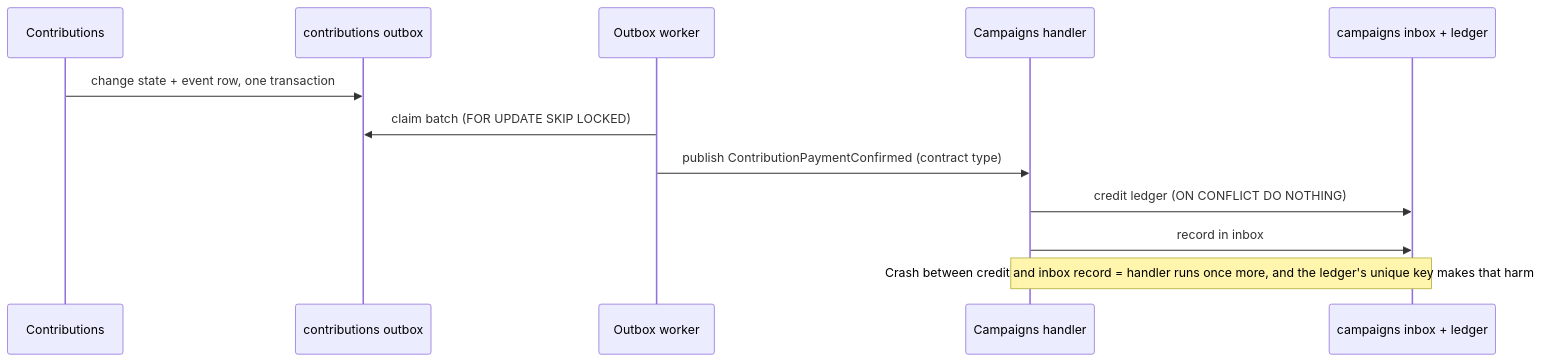
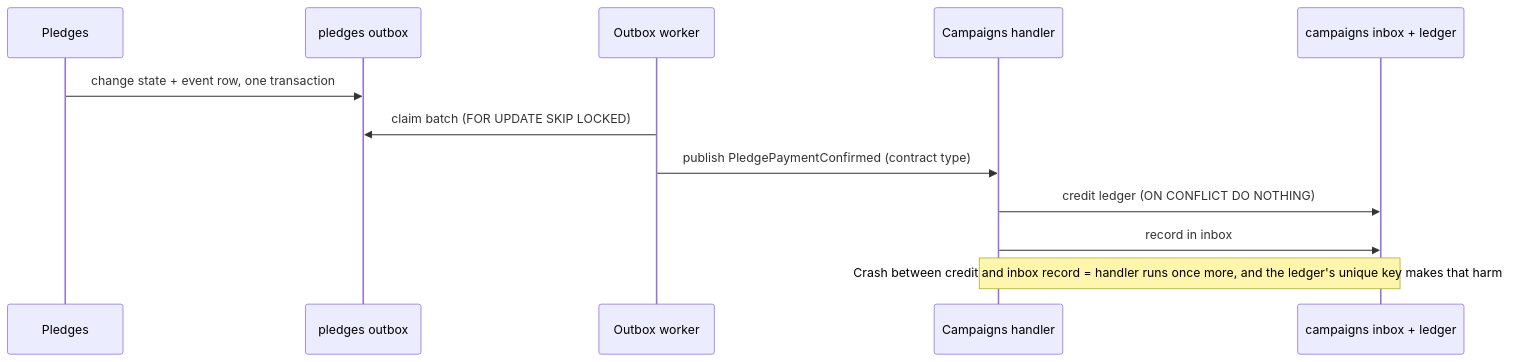
Before and after one commit to maysamgamini/crowdfundinghub: the second of 6 diagrams in README.md, drawn with Mermaid. The commit also changed other lines of this file and 571 other files, not shown here.

First line of the commit message:
refactor: use the course vocabulary, pledge and backer, where the code said contribution and contributor

````diff
--- a/README.md
+++ b/README.md
@@ -67,14 +67,14 @@
 ```mermaid
 sequenceDiagram
-    participant Co as Contributions
-    participant CoDb as contributions outbox
+    participant Co as Pledges
+    participant CoDb as pledges outbox
     participant W as Outbox worker
     participant Ca as Campaigns handler
     participant CaDb as campaigns inbox + ledger
     Co->>CoDb: change state + event row, one transaction
     W->>CoDb: claim batch (FOR UPDATE SKIP LOCKED)
-    W->>Ca: publish ContributionPaymentConfirmed (contract type)
+    W->>Ca: publish PledgePaymentConfirmed (contract type)
     Ca->>CaDb: credit ledger (ON CONFLICT DO NOTHING)
     Ca->>CaDb: record in inbox
     Note over Ca,CaDb: Crash between credit and inbox record = handler runs once more, and the ledger's unique key makes that harmless
 ```
````
